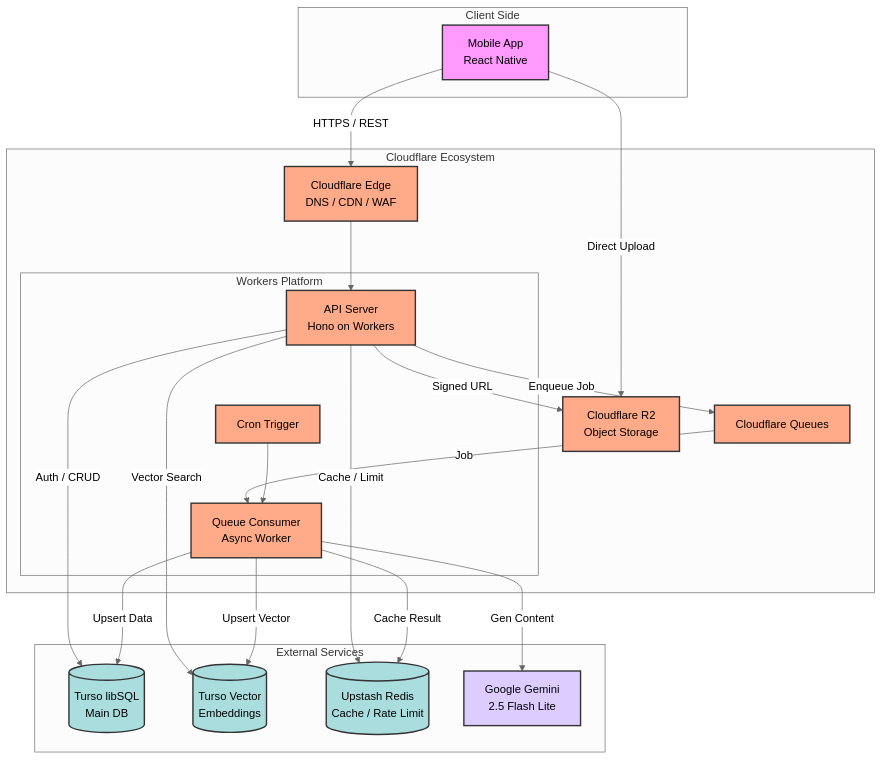
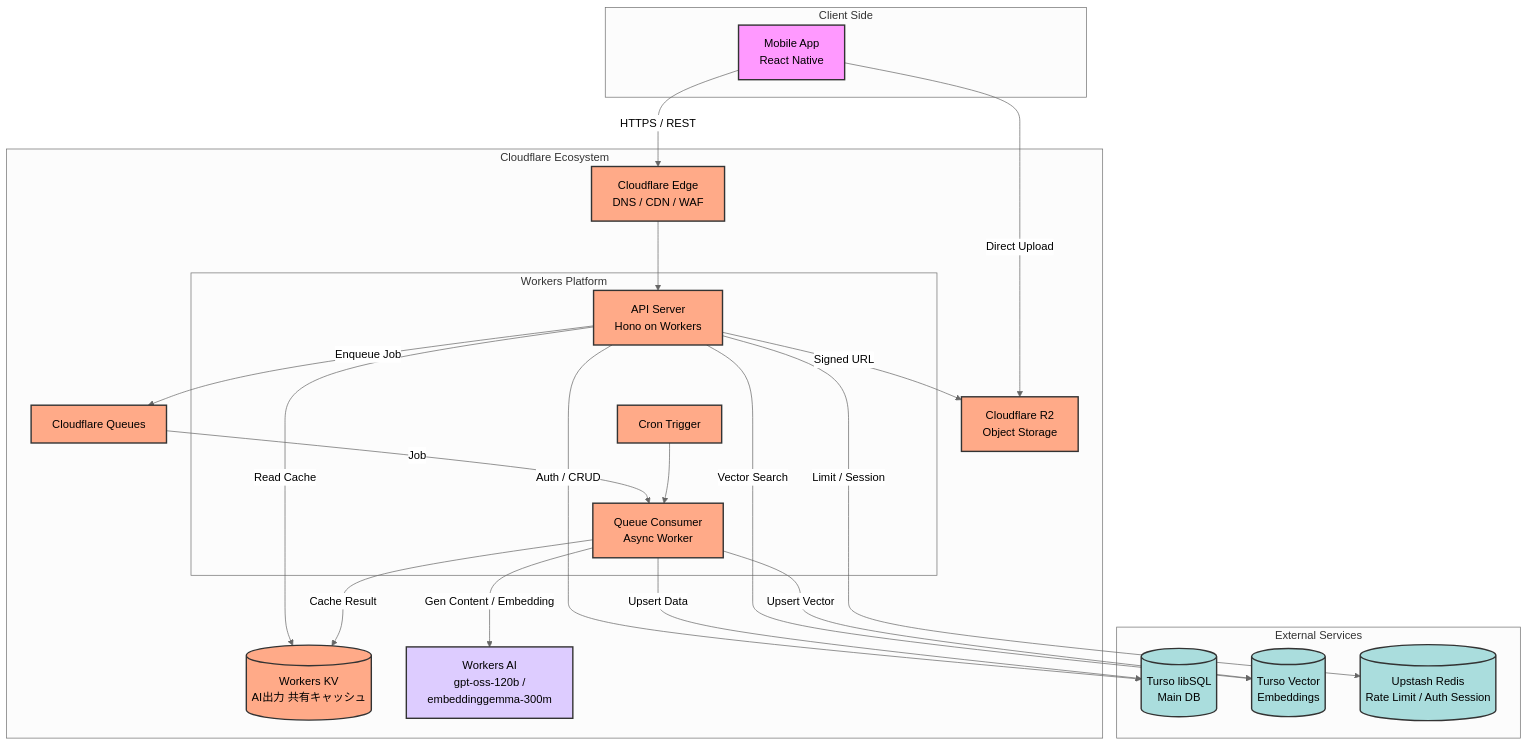
One commit to hudeato-me/hudeato changed the diagram in docs/infra-architecture.md. Above: the diagram before and after it, drawn with Mermaid (neutral theme). The commit also changed 17 other files, not shown here.

````diff
--- a/docs/infra-architecture.md
+++ b/docs/infra-architecture.md
@@ -1,55 +1,57 @@
 ```mermaid
 graph TB
     %% スタイル定義
     classDef client fill:#f9f,stroke:#333,stroke-width:2px,color:black;
     classDef cf fill:#fa8,stroke:#333,stroke-width:2px,color:black;
     classDef ext fill:#add,stroke:#333,stroke-width:2px,color:black;
     classDef ai fill:#dcf,stroke:#333,stroke-width:2px,color:black;
 
     %% クライアント
     subgraph Client [Client Side]
         Mobile[Mobile App<br/>React Native]:::client
     end
 
     %% Cloudflare エコシステム
     subgraph Cloudflare [Cloudflare Ecosystem]
         Edge[Cloudflare Edge<br/>DNS / CDN / WAF]:::cf
 
         subgraph Workers [Workers Platform]
             API[API Server<br/>Hono on Workers]:::cf
             Consumer[Queue Consumer<br/>Async Worker]:::cf
             Cron[Cron Trigger]:::cf
         end
 
         Queue[Cloudflare Queues]:::cf
         R2[Cloudflare R2<br/>Object Storage]:::cf
+        KV[(Workers KV<br/>AI出力 共有キャッシュ)]:::cf
+        WorkersAI[Workers AI<br/>gpt-oss-120b /<br/>embeddinggemma-300m]:::ai
     end
 
     %% 外部サービス
     subgraph External [External Services]
         DB[(Turso libSQL<br/>Main DB)]:::ext
         Vector[(Turso Vector<br/>Embeddings)]:::ext
-        Redis[(Upstash Redis<br/>Cache / Rate Limit)]:::ext
-        Gemini[Google Gemini<br/>2.5 Flash Lite]:::ai
+        Redis[(Upstash Redis<br/>Rate Limit / Auth Session)]:::ext
     end
 
     %% 接続線
     Mobile -->|HTTPS / REST| Edge
     Mobile -->|Direct Upload| R2
     Edge --> API
 
     %% APIの責務
     API -->|Auth / CRUD| DB
     API -->|Vector Search| Vector
-    API -->|Cache / Limit| Redis
+    API -->|Limit / Session| Redis
+    API -->|Read Cache| KV
     API -->|Signed URL| R2
     API -->|Enqueue Job| Queue
 
     %% 非同期ワーカーの責務
     Queue --> |Job| Consumer
     Cron --> Consumer
-    Consumer -->|Gen Content| Gemini
+    Consumer -->|Gen Content / Embedding| WorkersAI
     Consumer -->|Upsert Data| DB
     Consumer -->|Upsert Vector| Vector
-    Consumer -->|Cache Result| Redis
+    Consumer -->|Cache Result| KV
 ```
````
